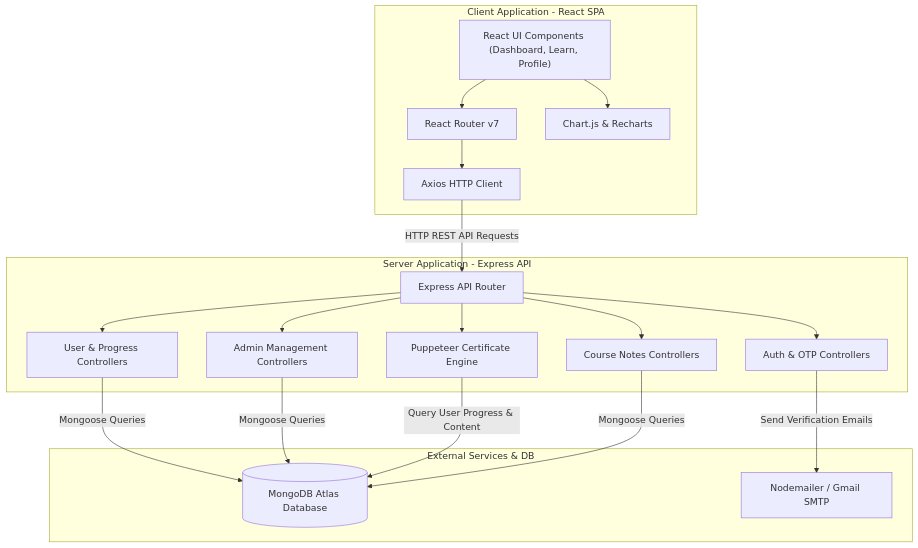
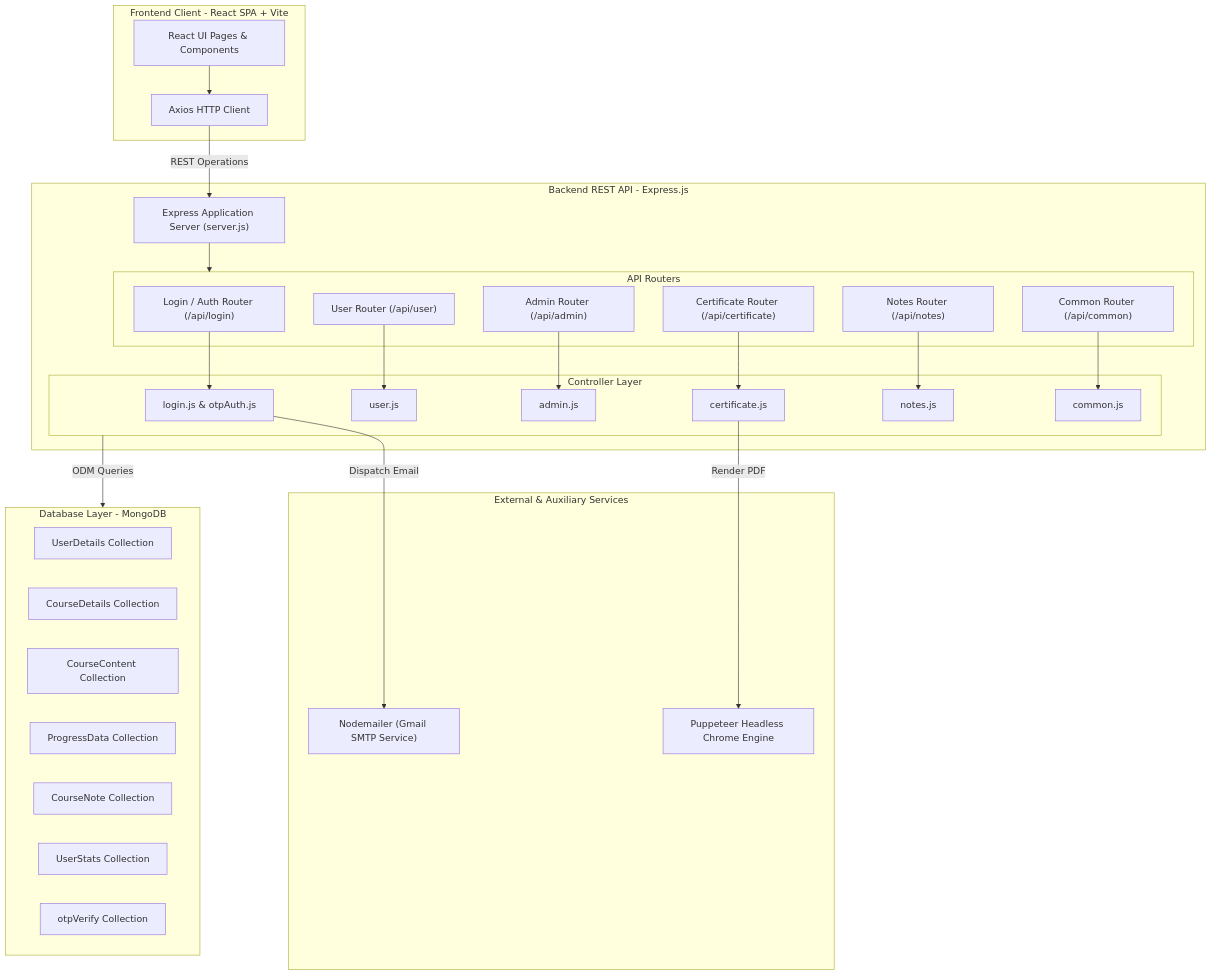
The first of 3 diagrams in architecture.md (abdul8704/EduTrack), drawn with Mermaid before and after one commit. The commit also changed other lines of this file, not shown here.

Commit message:
docs: sync system architecture and technical documentation with codebase

````diff
--- a/architecture.md
+++ b/architecture.md
@@ -48,39 +33,58 @@
 ```mermaid
 flowchart TD
-    subgraph Client [Client Application - React SPA]
-        UI["React UI Components (Dashboard, Learn, Profile)"]
-        Router["React Router v7"]
-        AxiosClient["Axios HTTP Client"]
-        Charts["Chart.js & Recharts"]
-        UI --> Router
-        UI --> Charts
-        Router --> AxiosClient
+    subgraph Client [Frontend Client - React SPA + Vite]
+        UI["React UI Pages & Components"]
+        AXIOS["Axios HTTP Client"]
+        UI --> AXIOS
     end
 
-    subgraph Backend [Server Application - Express API]
-        APIRouter["Express API Router"]
-        AuthCtrl["Auth & OTP Controllers"]
-        UserCtrl["User & Progress Controllers"]
-        AdminCtrl["Admin Management Controllers"]
-        CertCtrl["Puppeteer Certificate Engine"]
-        NotesCtrl["Course Notes Controllers"]
+    subgraph Server [Backend REST API - Express.js]
+        SERVER_JS["Express Application Server (server.js)"]
         
-        APIRouter --> AuthCtrl
-        APIRouter --> UserCtrl
-        APIRouter --> AdminCtrl
-        APIRouter --> CertCtrl
-        APIRouter --> NotesCtrl
+        subgraph Routers [API Routers]
+            AUTH_R["Login / Auth Router (/api/login)"]
+            USER_R["User Router (/api/user)"]
+            ADMIN_R["Admin Router (/api/admin)"]
+            CERT_R["Certificate Router (/api/certificate)"]
+            NOTES_R["Notes Router (/api/notes)"]
+            COMMON_R["Common Router (/api/common)"]
+        end
+
+        subgraph Controllers [Controller Layer]
+            AUTH_C["login.js & otpAuth.js"]
+            USER_C["user.js"]
+            ADMIN_C["admin.js"]
+            CERT_C["certificate.js"]
+            NOTES_C["notes.js"]
+            COMMON_C["common.js"]
+        end
+
+        SERVER_JS --> Routers
+        AUTH_R --> AUTH_C
+        USER_R --> USER_C
+        ADMIN_R --> ADMIN_C
+        CERT_R --> CERT_C
+        NOTES_R --> NOTES_C
+        COMMON_R --> COMMON_C
     end
 
-    subgraph External [External Services & DB]
-        MongoDB[("MongoDB Atlas Database")]
-        GmailSMTP["Nodemailer / Gmail SMTP"]
+    subgraph ExtServices [External & Auxiliary Services]
+        SMTP["Nodemailer (Gmail SMTP Service)"]
+        PUPPETEER["Puppeteer Headless Chrome Engine"]
     end
 
-    AxiosClient -->|"HTTP REST API Requests"| APIRouter
-    AuthCtrl -->|"Send Verification Emails"| GmailSMTP
-    UserCtrl -->|"Mongoose Queries"| MongoDB
-    AdminCtrl -->|"Mongoose Queries"| MongoDB
-    CertCtrl -->|"Query User Progress & Content"| MongoDB
-    NotesCtrl -->|"Mongoose Queries"| MongoDB
+    subgraph DB [Database Layer - MongoDB]
+        M_USER["UserDetails Collection"]
+        M_COURSE["CourseDetails Collection"]
+        M_CONTENT["CourseContent Collection"]
+        M_PROGRESS["ProgressData Collection"]
+        M_NOTE["CourseNote Collection"]
+        M_STATS["UserStats Collection"]
+        M_OTP["otpVerify Collection"]
+    end
+
+    AXIOS -->|REST Operations| SERVER_JS
+    AUTH_C -->|Dispatch Email| SMTP
+    CERT_C -->|Render PDF| PUPPETEER
+    Controllers -->|ODM Queries| DB
 ```
````
